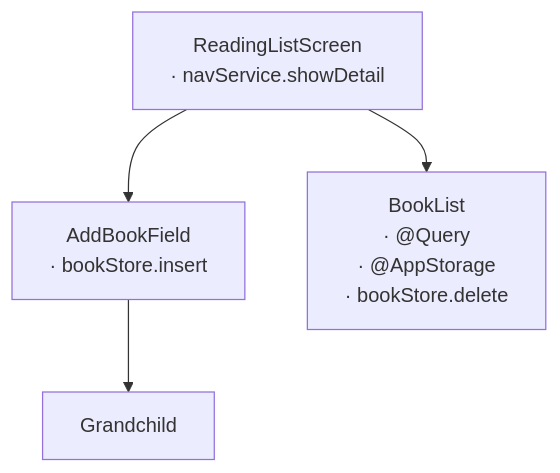
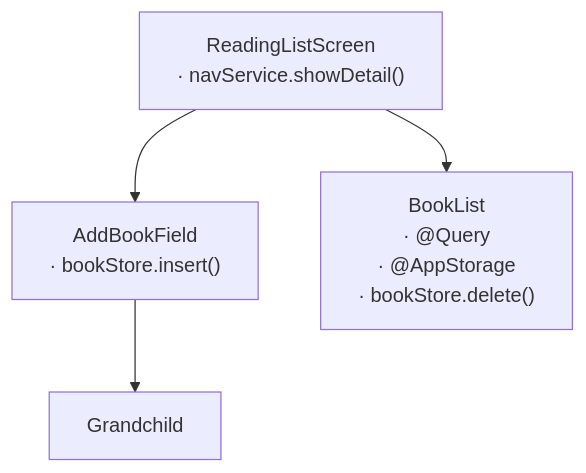
Before and after one commit to sisoje/hypermodular: the diagram in hypermodular/scripts/fixtures/broken/ReadingListScreen/MAP.md, drawn with Mermaid. The commit also changed 10 other files, not shown here.

````diff
--- a/hypermodular/scripts/fixtures/broken/ReadingListScreen/MAP.md
+++ b/hypermodular/scripts/fixtures/broken/ReadingListScreen/MAP.md
@@ -1,7 +1,7 @@
 ```mermaid
 %% Root: ReadingListScreen · Parent: App (../APP-MAP.md)
 flowchart TD
-    ReadingListScreen["ReadingListScreen<br/>· navService.showDetail"] --> AddBookField["AddBookField<br/>· bookStore.insert"]
-    ReadingListScreen --> BookList["BookList<br/>· @Query<br/>· @AppStorage<br/>· bookStore.delete"]
+    ReadingListScreen["ReadingListScreen<br/>· navService.showDetail()"] --> AddBookField["AddBookField<br/>· bookStore.insert()"]
+    ReadingListScreen --> BookList["BookList<br/>· @Query<br/>· @AppStorage<br/>· bookStore.delete()"]
     AddBookField --> Grandchild
 ```
````
